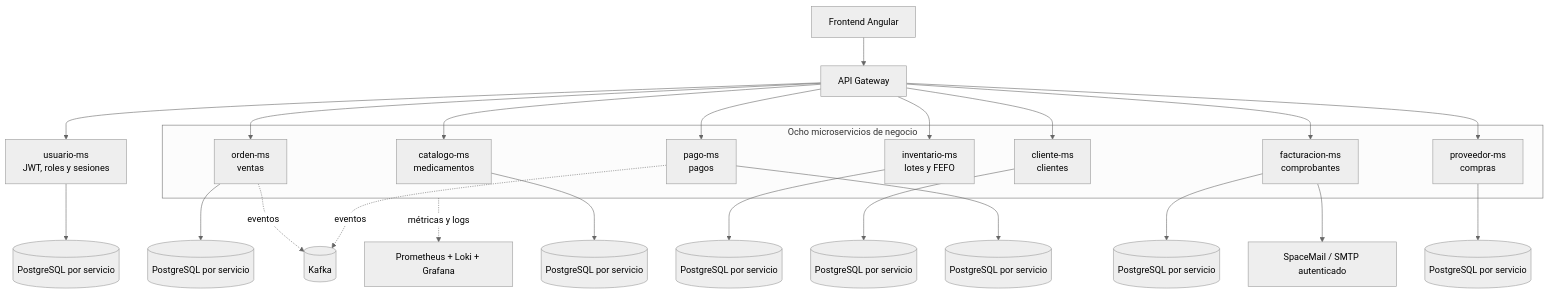
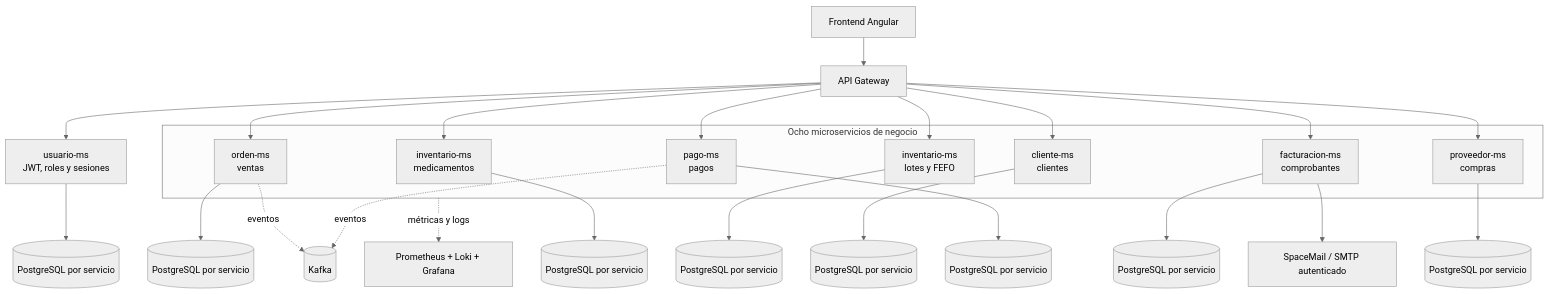
The first of 7 diagrams in docs/index.md (rbn-69-cod/MediZano_microservicios), drawn with Mermaid (neutral theme) before and after one commit. The commit also changed other lines of this file and 68 other files, not shown here.

````diff
--- a/docs/index.md
+++ b/docs/index.md
@@ -61,35 +61,35 @@
 ```mermaid
 flowchart TB
     FE[Frontend Angular] --> GW[API Gateway]
     GW --> AUTH[usuario-ms\nJWT, roles y sesiones]
 
     subgraph NEGOCIO[Ocho microservicios de negocio]
         ORD[orden-ms\nventas]
-        CAT[catalogo-ms\nmedicamentos]
+        CAT[inventario-ms\nmedicamentos]
         INV[inventario-ms\nlotes y FEFO]
         CLI[cliente-ms\nclientes]
         PAY[pago-ms\npagos]
         FAC[facturacion-ms\ncomprobantes]
         PROV[proveedor-ms\ncompras]
     end
 
     GW --> ORD
     GW --> CAT
     GW --> INV
     GW --> CLI
     GW --> PAY
     GW --> FAC
     GW --> PROV
     ORD --> DB1[(PostgreSQL por servicio)]
     CAT --> DB2[(PostgreSQL por servicio)]
     INV --> DB3[(PostgreSQL por servicio)]
     CLI --> DB4[(PostgreSQL por servicio)]
     PAY --> DB5[(PostgreSQL por servicio)]
     FAC --> DB6[(PostgreSQL por servicio)]
     PROV --> DB7[(PostgreSQL por servicio)]
     AUTH --> DB8[(PostgreSQL por servicio)]
     ORD -. eventos .-> KAFKA[(Kafka)]
     PAY -. eventos .-> KAFKA
     FAC --> SMTP[SpaceMail / SMTP autenticado]
     NEGOCIO -. métricas y logs .-> OBS[Prometheus + Loki + Grafana]
 ```
````
